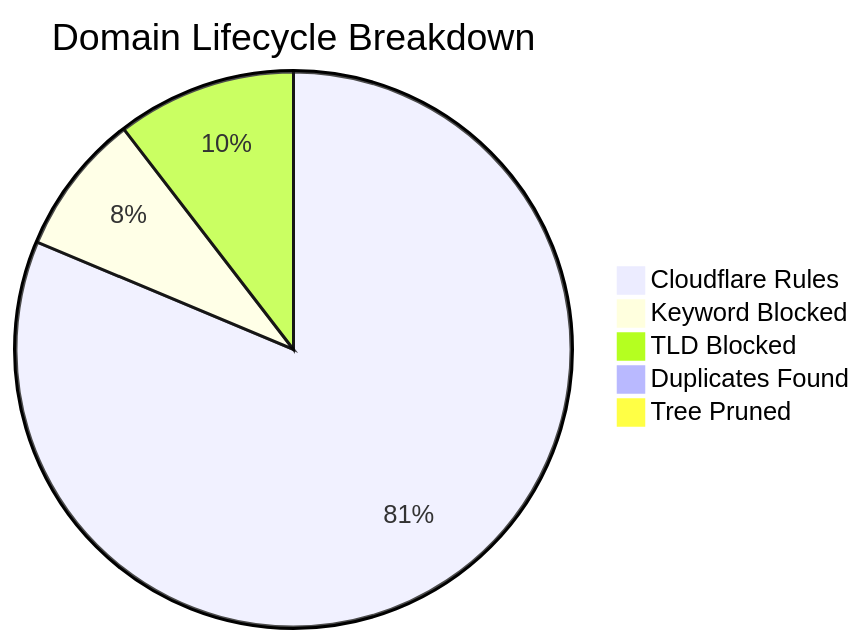
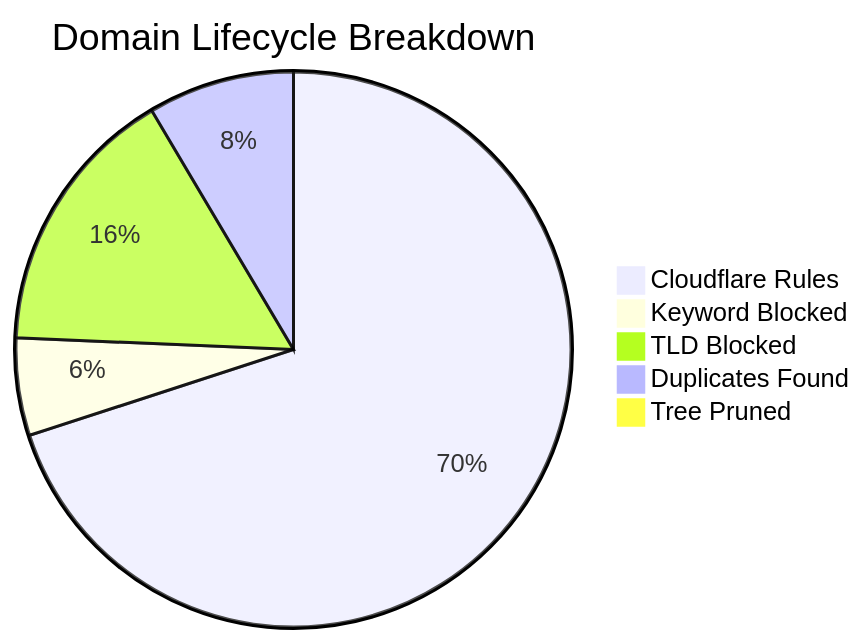
Before and after one commit to brojangles24/Cloudflare-ZeroTrust-AdBlock: the diagram in README_STATS.md, drawn with Mermaid. The commit also changed other lines of this file and 1 other file, not shown here.

````diff
--- a/README_STATS.md
+++ b/README_STATS.md
@@ -5,8 +5,8 @@
 ```mermaid
 pie title Domain Lifecycle Breakdown
-    "Cloudflare Rules" : 273021
-    "Keyword Blocked" : 27676
-    "TLD Blocked" : 35064
-    "Duplicates Found" : 978
-    "Tree Pruned" : 1010
+    "Cloudflare Rules" : 344046
+    "Keyword Blocked" : 27899
+    "TLD Blocked" : 77671
+    "Duplicates Found" : 41893
+    "Tree Pruned" : 1437
 ```
````
